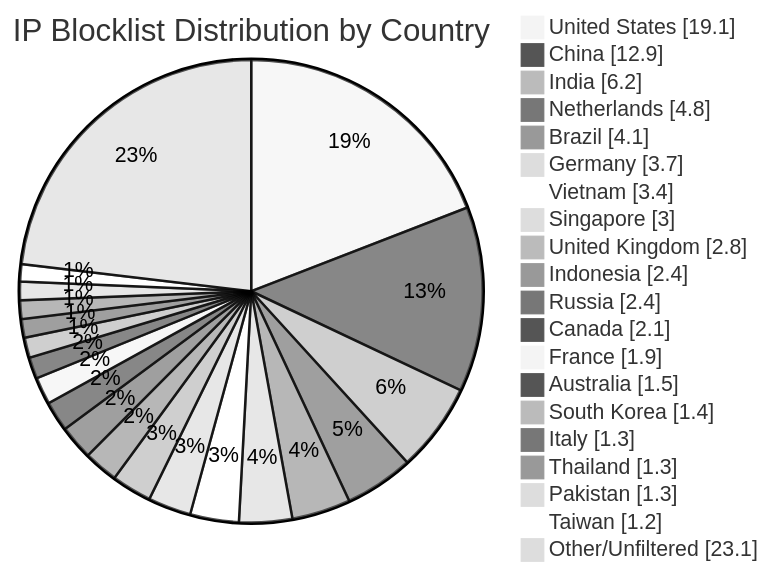
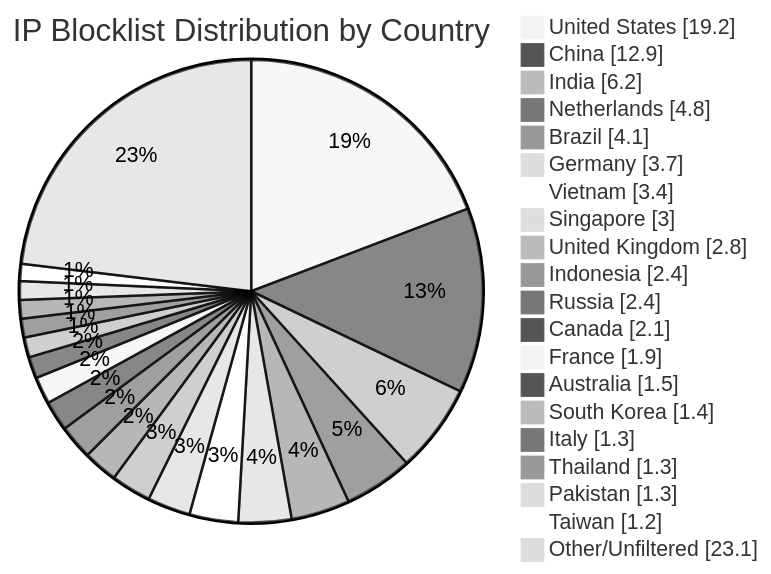
The diagram in README.md (dewdmadbro/ip-blocklist-dewd), drawn with Mermaid (neutral theme) before and after one commit. The commit also changed other lines of this file and 51 other files, not shown here.

````diff
--- a/README.md
+++ b/README.md
@@ -34,23 +34,23 @@
 ```mermaid
 pie showData title IP Blocklist Distribution by Country
-"United States" : 19.1
+"United States" : 19.2
 "China" : 12.9
 "India" : 6.2
 "Netherlands" : 4.8
 "Brazil" : 4.1
 "Germany" : 3.7
 "Vietnam" : 3.4
 "Singapore" : 3.0
 "United Kingdom" : 2.8
 "Indonesia" : 2.4
 "Russia" : 2.4
 "Canada" : 2.1
 "France" : 1.9
 "Australia" : 1.5
 "South Korea" : 1.4
 "Italy" : 1.3
 "Thailand" : 1.3
 "Pakistan" : 1.3
 "Taiwan" : 1.2
 "Other/Unfiltered" : 23.1
 ```
````
